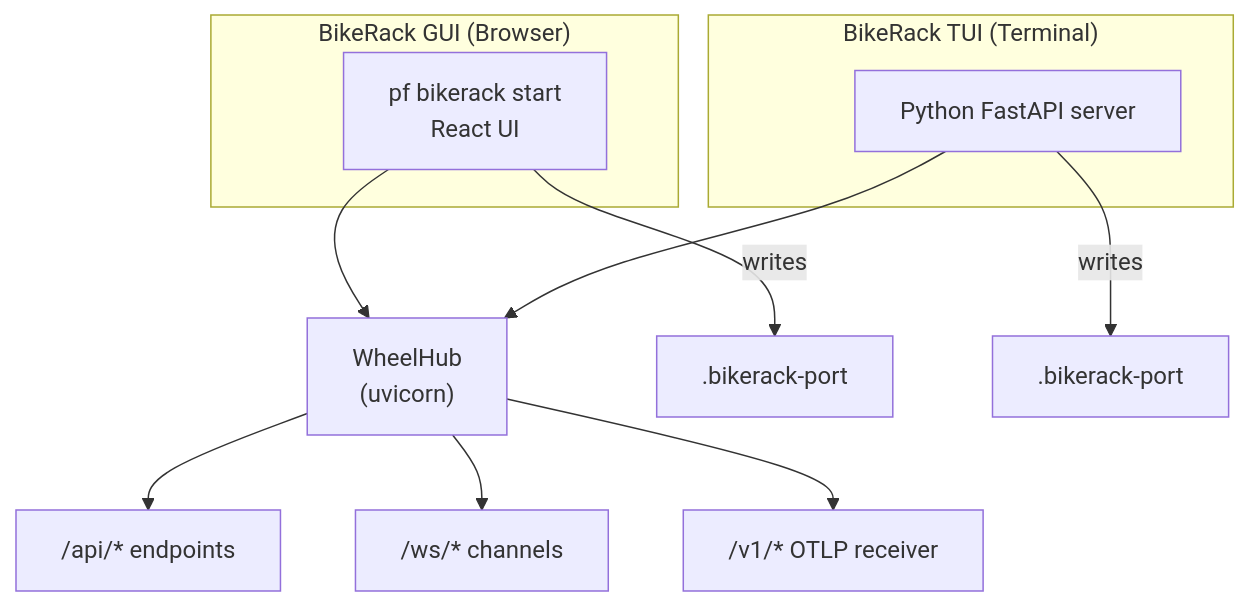
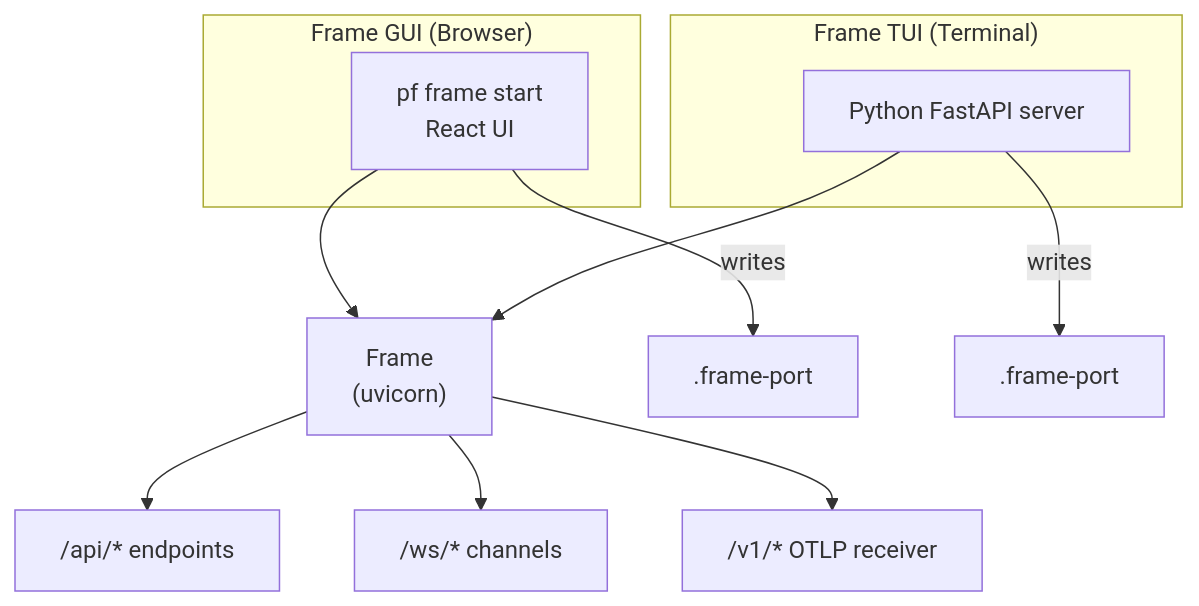
Before and after one commit to slabgorb/pennyfarthing: the second of 2 diagrams in docs/USER-GUIDE.md, drawn with Mermaid. The commit also changed other lines of this file and 197 other files, not shown here.

First line of the commit message:
refactor: remove GUI packages and complete wheelhub/bikerack rename

````diff
--- a/docs/USER-GUIDE.md
+++ b/docs/USER-GUIDE.md
@@ -225,19 +225,19 @@
 ```mermaid
 graph TB
-    subgraph "BikeRack GUI (Browser)"
-        C["pf bikerack start<br/>React UI"]
+    subgraph "Frame GUI (Browser)"
+        C["pf frame start<br/>React UI"]
     end
-    subgraph "BikeRack TUI (Terminal)"
+    subgraph "Frame TUI (Terminal)"
         BR["Python FastAPI server"]
     end
 
-    C --> WH["WheelHub<br/>(uvicorn)"]
+    C --> WH["Frame<br/>(uvicorn)"]
     BR --> WH
 
-    C -- "writes" --> BP2[".bikerack-port"]
-    BR -- "writes" --> BP[".bikerack-port"]
+    C -- "writes" --> BP2[".frame-port"]
+    BR -- "writes" --> BP[".frame-port"]
 
     WH --> API["/api/* endpoints"]
     WH --> WS["/ws/* channels"]
     WH --> OTLP["/v1/* OTLP receiver"]
 ```
````
